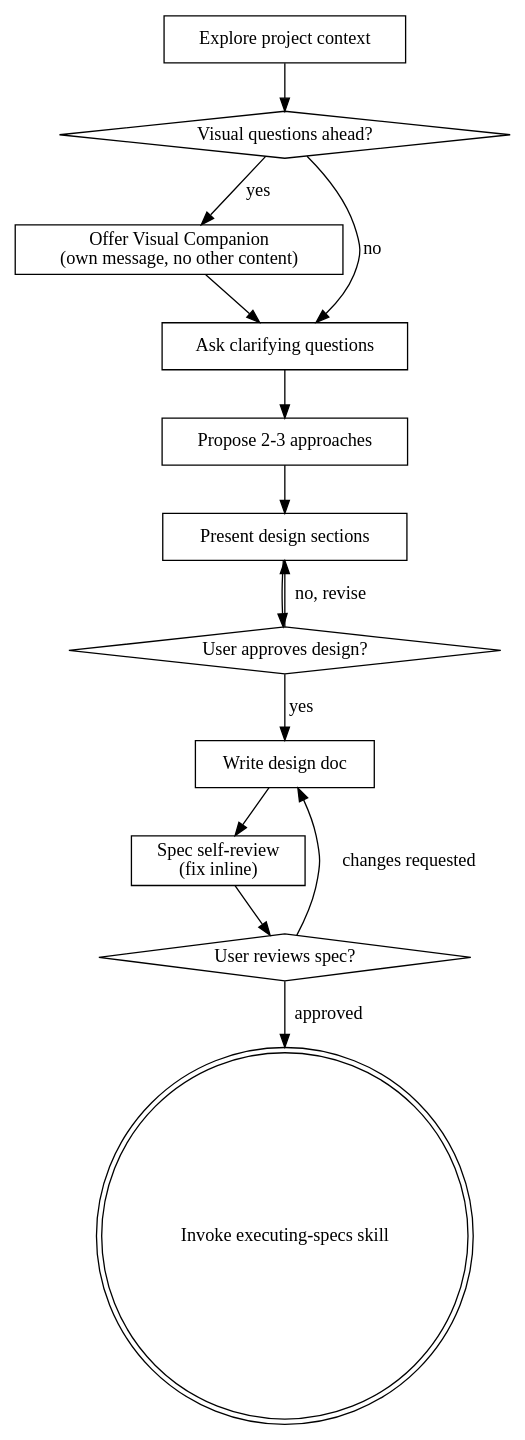
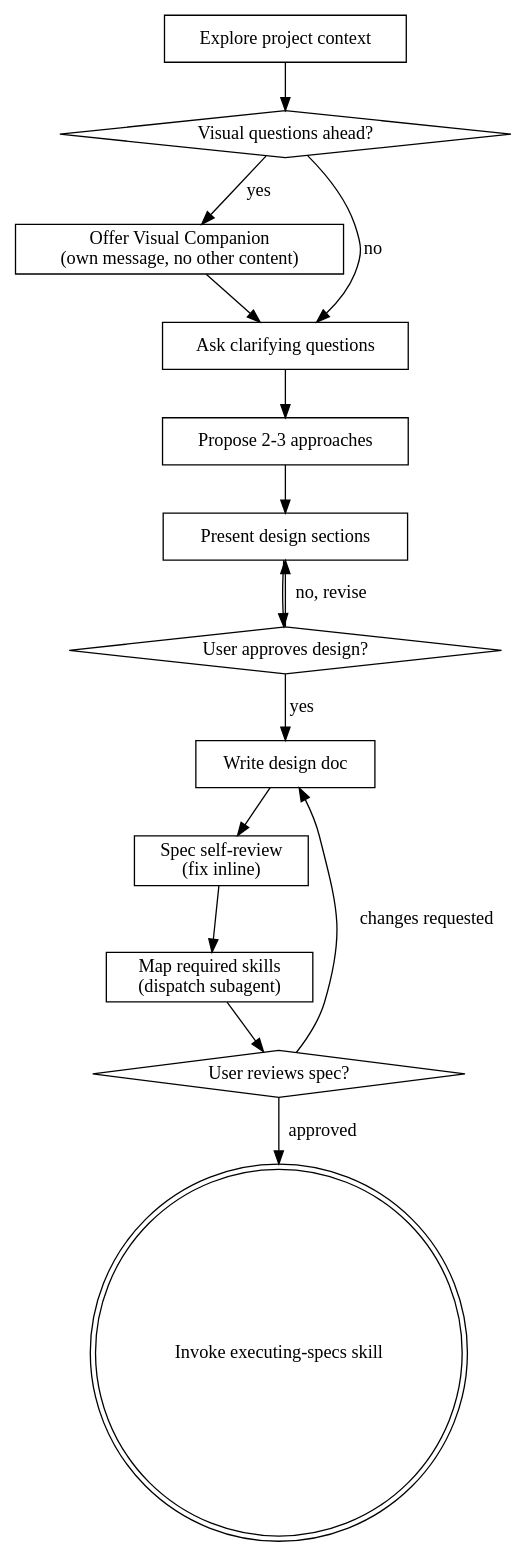
One commit to dgafka/superpowers changed the diagram in skills/brainstorming/SKILL.md. Above: the diagram before and after it, drawn with Graphviz. The commit also changed other lines of this file and 3 other files, not shown here.

````diff
--- a/skills/brainstorming/SKILL.md
+++ b/skills/brainstorming/SKILL.md
@@ -36,29 +37,31 @@
 ```dot
 digraph brainstorming {
     "Explore project context" [shape=box];
     "Visual questions ahead?" [shape=diamond];
     "Offer Visual Companion\n(own message, no other content)" [shape=box];
     "Ask clarifying questions" [shape=box];
     "Propose 2-3 approaches" [shape=box];
     "Present design sections" [shape=box];
     "User approves design?" [shape=diamond];
     "Write design doc" [shape=box];
     "Spec self-review\n(fix inline)" [shape=box];
+    "Map required skills\n(dispatch subagent)" [shape=box];
     "User reviews spec?" [shape=diamond];
     "Invoke executing-specs skill" [shape=doublecircle];
 
     "Explore project context" -> "Visual questions ahead?";
     "Visual questions ahead?" -> "Offer Visual Companion\n(own message, no other content)" [label="yes"];
     "Visual questions ahead?" -> "Ask clarifying questions" [label="no"];
     "Offer Visual Companion\n(own message, no other content)" -> "Ask clarifying questions";
     "Ask clarifying questions" -> "Propose 2-3 approaches";
     "Propose 2-3 approaches" -> "Present design sections";
     "Present design sections" -> "User approves design?";
     "User approves design?" -> "Present design sections" [label="no, revise"];
     "User approves design?" -> "Write design doc" [label="yes"];
     "Write design doc" -> "Spec self-review\n(fix inline)";
-    "Spec self-review\n(fix inline)" -> "User reviews spec?";
+    "Spec self-review\n(fix inline)" -> "Map required skills\n(dispatch subagent)";
+    "Map required skills\n(dispatch subagent)" -> "User reviews spec?";
     "User reviews spec?" -> "Write design doc" [label="changes requested"];
     "User reviews spec?" -> "Invoke executing-specs skill" [label="approved"];
 }
 ```
````
